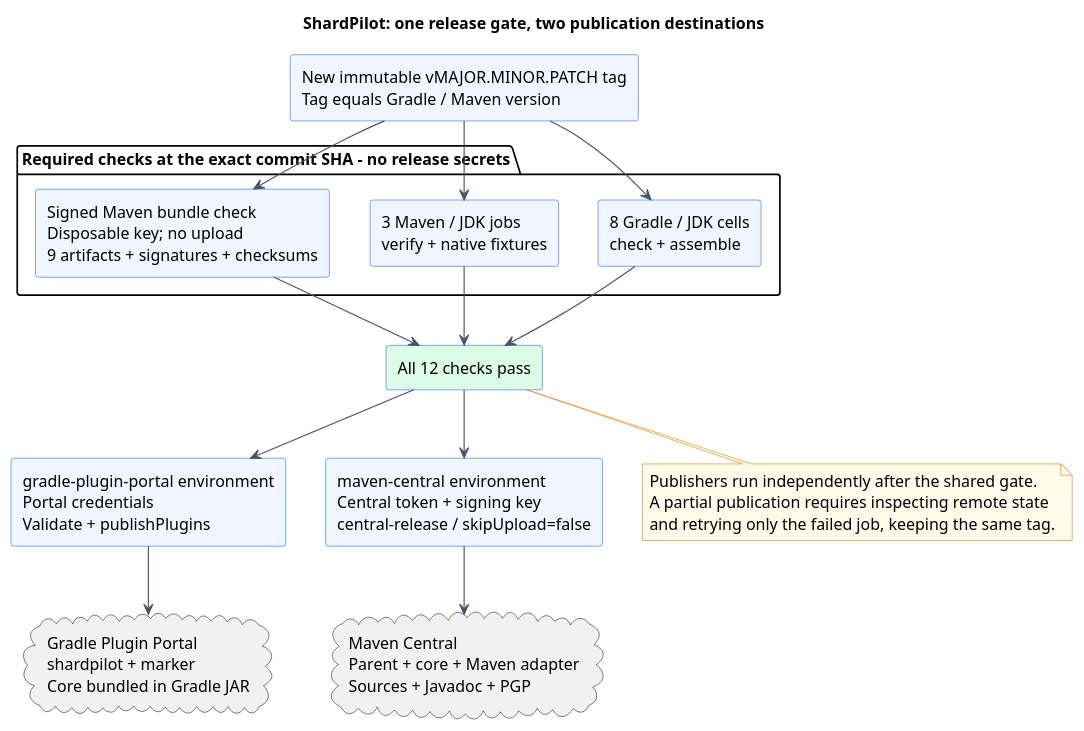
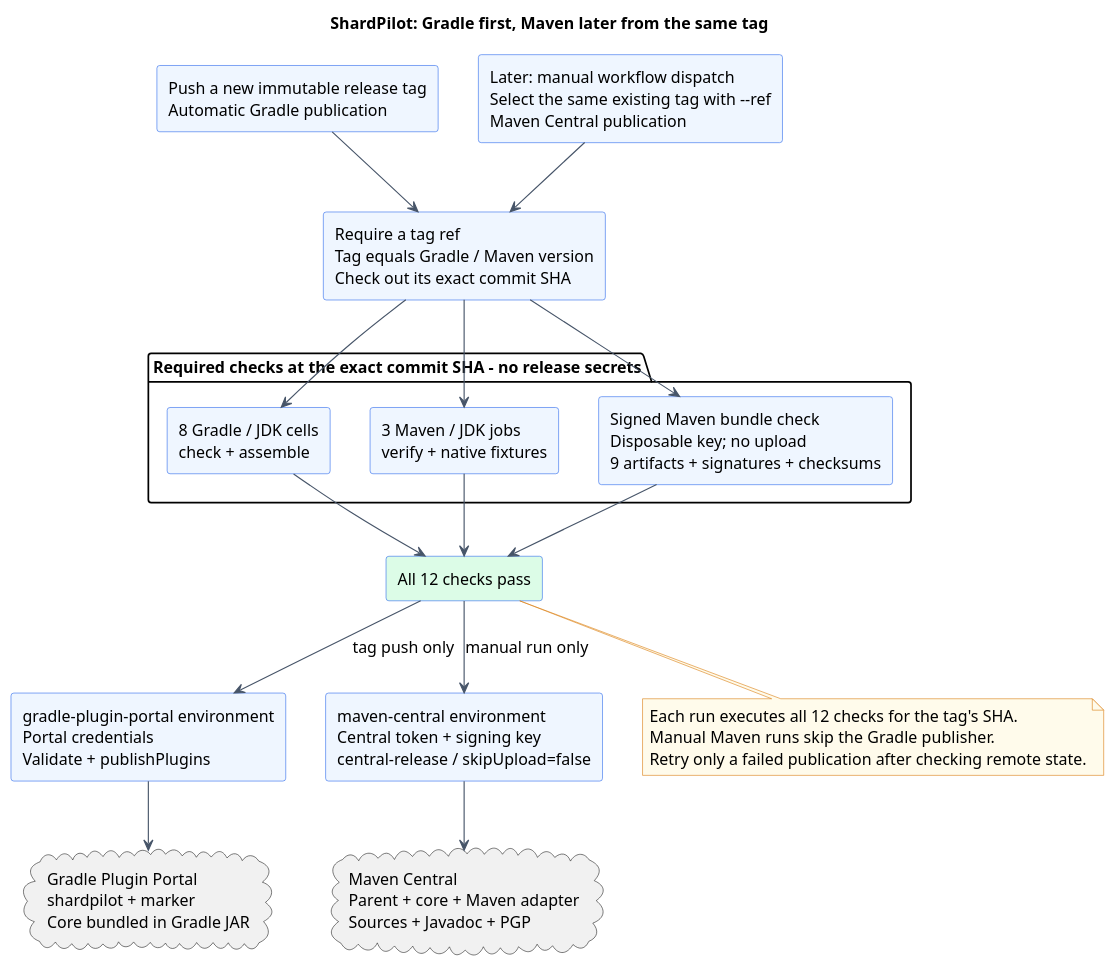
Before and after one commit to sjacek/shardpilot: the diagram in docs/diagrams/publication.puml, drawn with PlantUML. The commit also changed 11 other files, not shown here.

Commit message:
ci: separate Gradle and manual Maven publication

```diff
--- a/docs/diagrams/publication.puml
+++ b/docs/diagrams/publication.puml
@@ -1,43 +1,47 @@
 @startuml
-title ShardPilot: one release gate, two publication destinations
+title ShardPilot: Gradle first, Maven later from the same tag
 top to bottom direction
 skinparam backgroundColor #FFFFFF
 skinparam shadowing false
 skinparam defaultFontName SansSerif
 skinparam defaultFontSize 14
 skinparam componentStyle rectangle
 skinparam componentBackgroundColor #EFF6FF
 skinparam componentBorderColor #2563EB
 skinparam ArrowColor #475569
 skinparam noteBackgroundColor #FFFBEB
 skinparam noteBorderColor #D97706
 
-component "New immutable vMAJOR.MINOR.PATCH tag\nTag equals Gradle / Maven version" as tag
+component "Push a new immutable release tag\nAutomatic Gradle publication" as tag
+component "Later: manual workflow dispatch\nSelect the same existing tag with --ref\nMaven Central publication" as manual
+component "Require a tag ref\nTag equals Gradle / Maven version\nCheck out its exact commit SHA" as validate
 package "Required checks at the exact commit SHA - no release secrets" {
   component "8 Gradle / JDK cells\ncheck + assemble" as gradleChecks
   component "3 Maven / JDK jobs\nverify + native fixtures" as mavenChecks
   component "Signed Maven bundle check\nDisposable key; no upload\n9 artifacts + signatures + checksums" as bundle
 }
 component "All 12 checks pass" as gate #DCFCE7
 component "gradle-plugin-portal environment\nPortal credentials\nValidate + publishPlugins" as gradlePublish
 component "maven-central environment\nCentral token + signing key\ncentral-release / skipUpload=false" as mavenPublish
 cloud "Gradle Plugin Portal\nshardpilot + marker\nCore bundled in Gradle JAR" as portal
 cloud "Maven Central\nParent + core + Maven adapter\nSources + Javadoc + PGP" as central
 
-tag --> gradleChecks
-tag --> mavenChecks
-tag --> bundle
+tag --> validate
+manual --> validate
+validate --> gradleChecks
+validate --> mavenChecks
+validate --> bundle
 gradleChecks --> gate
 mavenChecks --> gate
 bundle --> gate
-gate --> gradlePublish
-gate --> mavenPublish
+gate --> gradlePublish : tag push only
+gate --> mavenPublish : manual run only
 gradlePublish --> portal
 mavenPublish --> central
 
 note bottom of gate
-  Publishers run independently after the shared gate.
-  A partial publication requires inspecting remote state
-  and retrying only the failed job, keeping the same tag.
+  Each run executes all 12 checks for the tag's SHA.
+  Manual Maven runs skip the Gradle publisher.
+  Retry only a failed publication after checking remote state.
 end note
 @enduml
```
